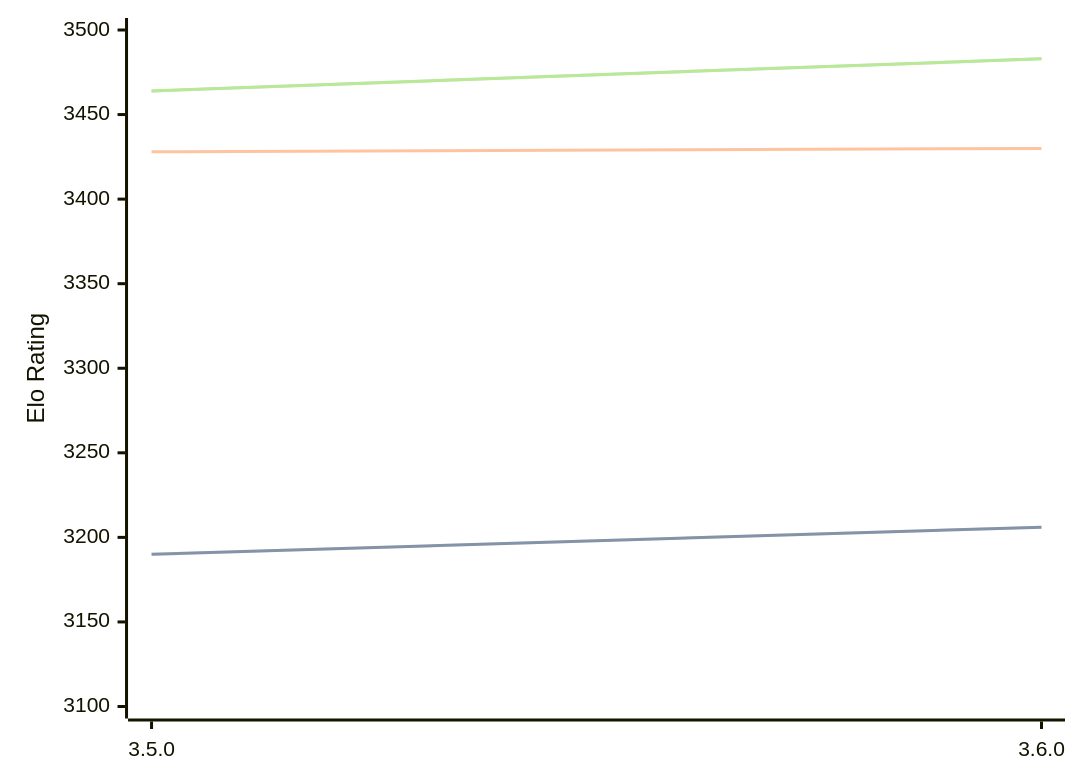
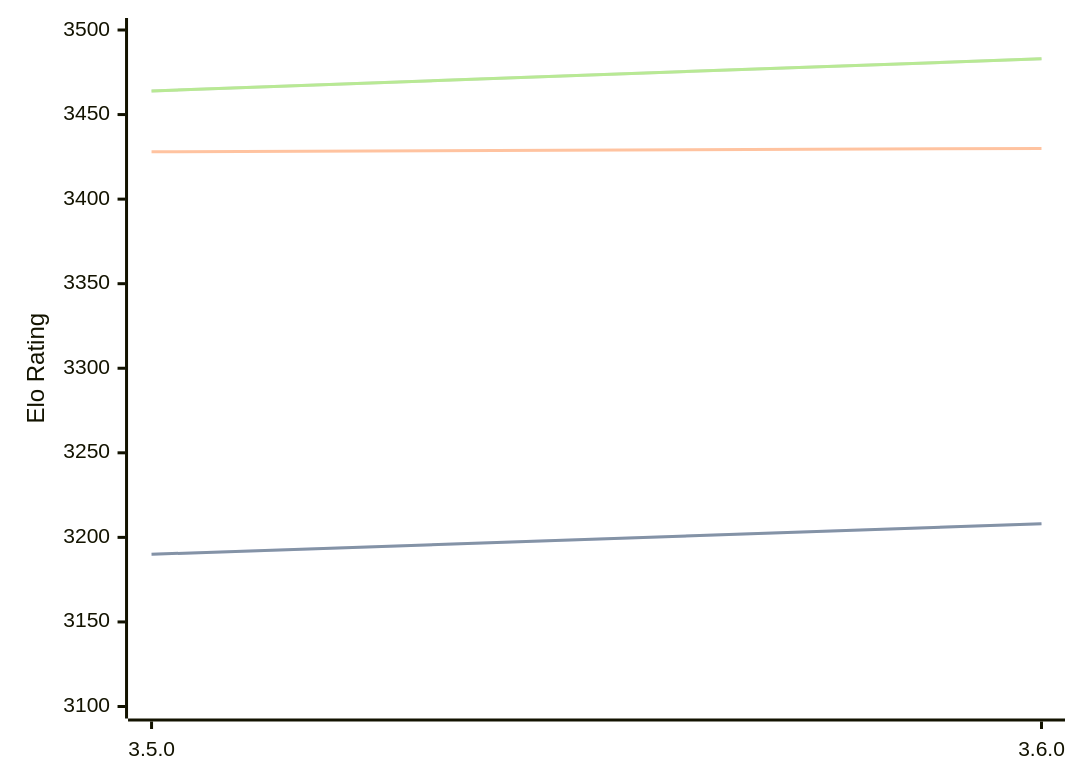
Before and after one commit to computer-chess-index/cci: the diagram in engines/Igel.md, drawn with Mermaid. The commit also changed other lines of this file, not shown here.

Commit message:
Update CCI Ratings (ELO VLTC) - 2026-04-09

````diff
--- a/engines/Igel.md
+++ b/engines/Igel.md
@@ -68,11 +68,11 @@
 ```mermaid
 %%{init: {"theme":"base","themeVariables":{"seriesColors:['#a3a3a3','#222221','#faa371']}}}%%
 xychart-beta
   x-axis ["3.5.0", "3.6.0"]
   y-axis "Elo Rating" 3100 --> 3500
-  line "STC (8.0+0.08s)" [3190, 3206]
-  line "STC (8.0+0.08s)" [3190, 3206]
+  line "STC (8.0+0.08s)" [3190, 3208]
+  line "STC (8.0+0.08s)" [3190, 3208]
   line "LTC (60.0+0.60s)" [3428, 3430]
   line "VLTC (2m24s+1.12s)" [3464, 3483]
   line "VLTC (2m24s+1.12s)" [3464, 3483]
 ```
````
